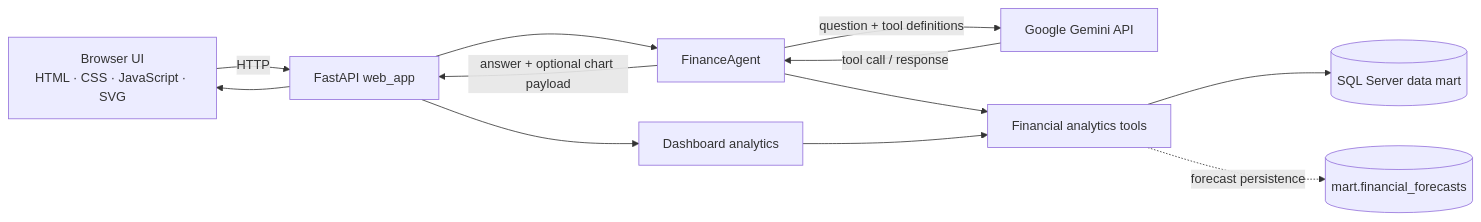
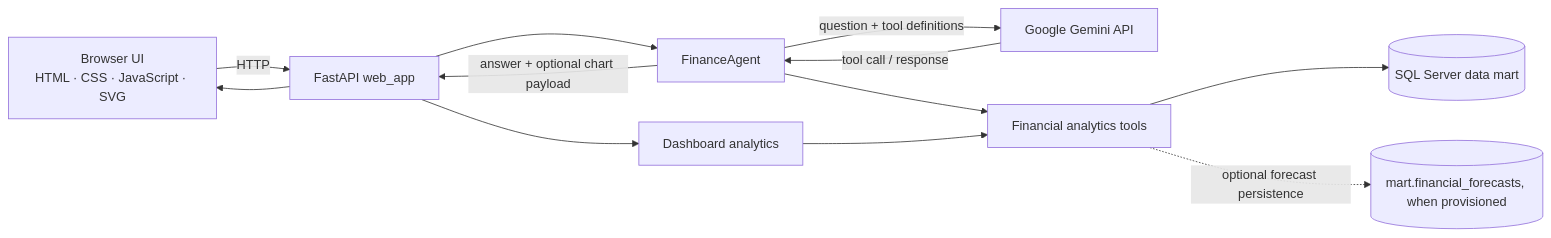
One commit to Magedmagdy/AI-Finance-Analyst-Agent changed the diagram in README.md. Above: the diagram before and after it, drawn with Mermaid. The commit also changed other lines of this file, not shown here.

````diff
--- a/README.md
+++ b/README.md
@@ -30,14 +98,14 @@
 ```mermaid
 flowchart LR
     Browser[Browser UI<br/>HTML · CSS · JavaScript · SVG] -->|HTTP| API[FastAPI web_app]
     API --> Dashboard[Dashboard analytics]
     API --> Agent[FinanceAgent]
     Agent -->|question + tool definitions| Gemini[Google Gemini API]
     Gemini -->|tool call / response| Agent
     Agent --> Tools[Financial analytics tools]
     Dashboard --> Tools
     Tools --> SQL[(SQL Server data mart)]
     Agent -->|answer + optional chart payload| API
     API --> Browser
-    Tools -. forecast persistence .-> Forecast[(mart.financial_forecasts)]
+    Tools -. optional forecast persistence .-> Forecast[(mart.financial_forecasts, when provisioned)]
 ```
````
